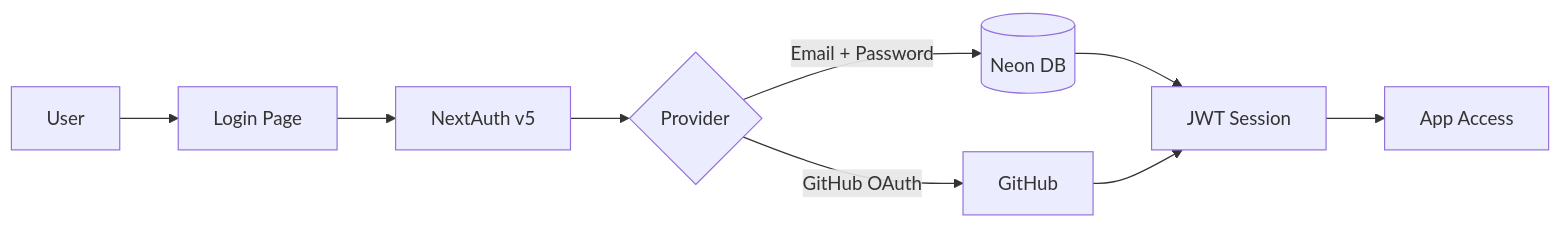
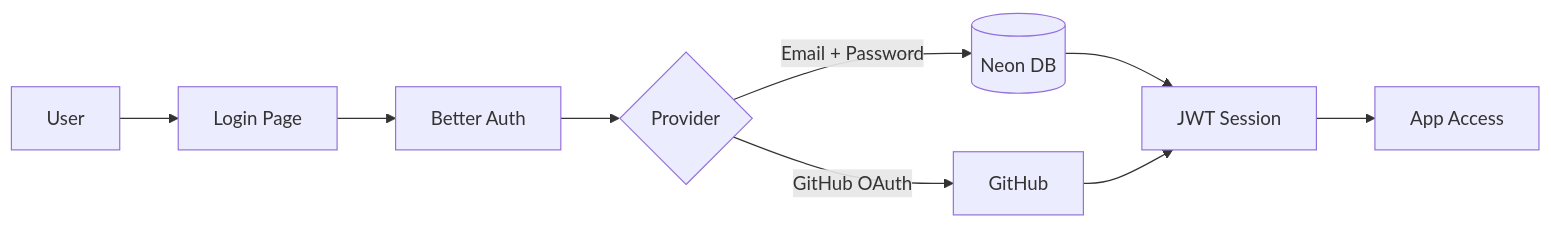
Before and after one commit to Ahmed-HA-RE/devnest: the third of 4 diagrams in context/project-overview.md, drawn with Mermaid. The commit also changed 12 other files, not shown here.

````diff
--- a/context/project-overview.md
+++ b/context/project-overview.md
@@ -211,10 +211,10 @@
 ```mermaid
 flowchart LR
   User --> Login["Login Page"]
-  Login --> NA["NextAuth v5"]
+  Login --> NA["Better Auth"]
   NA --> P{"Provider"}
   P -->|Email + Password| DB[("Neon DB")]
   P -->|GitHub OAuth| GH["GitHub"]
   DB & GH --> Session["JWT Session"]
   Session --> App["App Access"]
 ```
````
